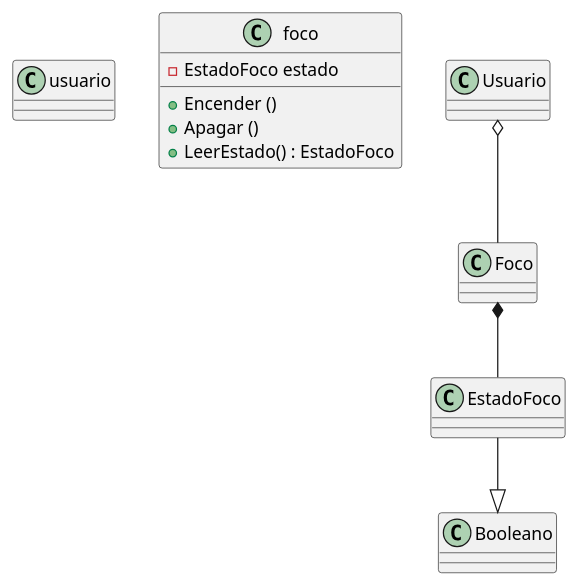
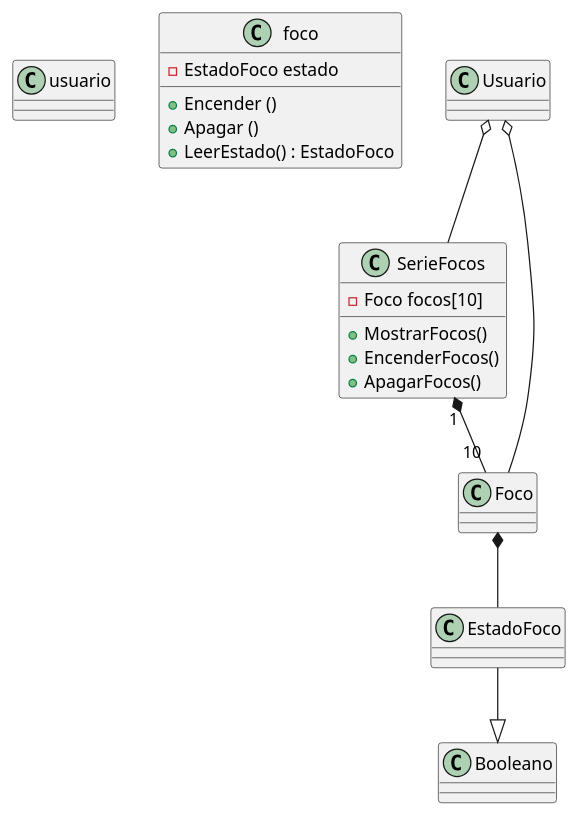
Before and after one commit to sofirdzzz/3E261-SegundoParcial: the diagram in docs/foco.puml, drawn with PlantUML. The commit also changed 3 other files, not shown here.

```diff
--- a/docs/foco.puml
+++ b/docs/foco.puml
@@ -1,17 +1,25 @@
 @startuml foco
 class usuario
 class foco {
     -EstadoFoco estado 
     + Encender ()
     + Apagar ()
     +LeerEstado() : EstadoFoco
 
 }
  
  class EstadoFoco
-
+ class SerieFocos{
+    -Foco focos[10]
+    +MostrarFocos()
+    +EncenderFocos()
+    +ApagarFocos()
+ }
 Usuario o-- Foco 
 Foco *--EstadoFoco
 EstadoFoco --|>Booleano
+SerieFocos "1" *-- "10" Foco
+Usuario o-- SerieFocos
+
  
  @enduml
```
